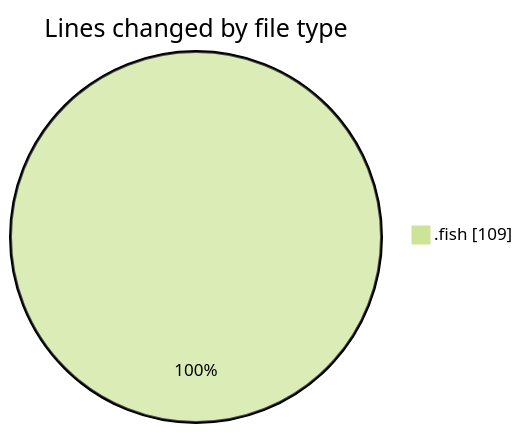
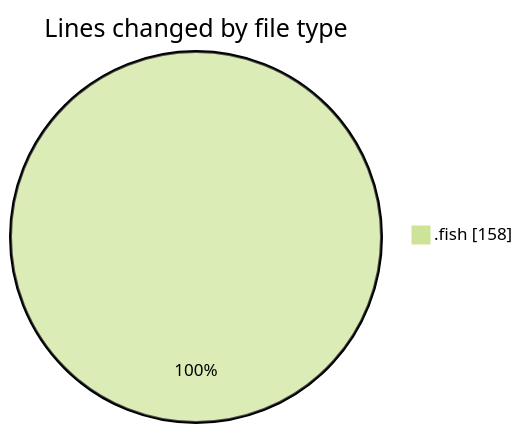
One commit to EIIisD/code-tracking changed the first of 2 diagrams in 2025-07-27/fish/README.md. Above: the diagram before and after it, drawn with Mermaid (forest theme). The commit also changed other lines of this file and 1 other file, not shown here.

````diff
--- a/2025-07-27/fish/README.md
+++ b/2025-07-27/fish/README.md
@@ -21,5 +21,5 @@
 ```mermaid
 pie showData
 title Lines changed by file type
-".fish" : 109
+".fish" : 158
 ```
````
